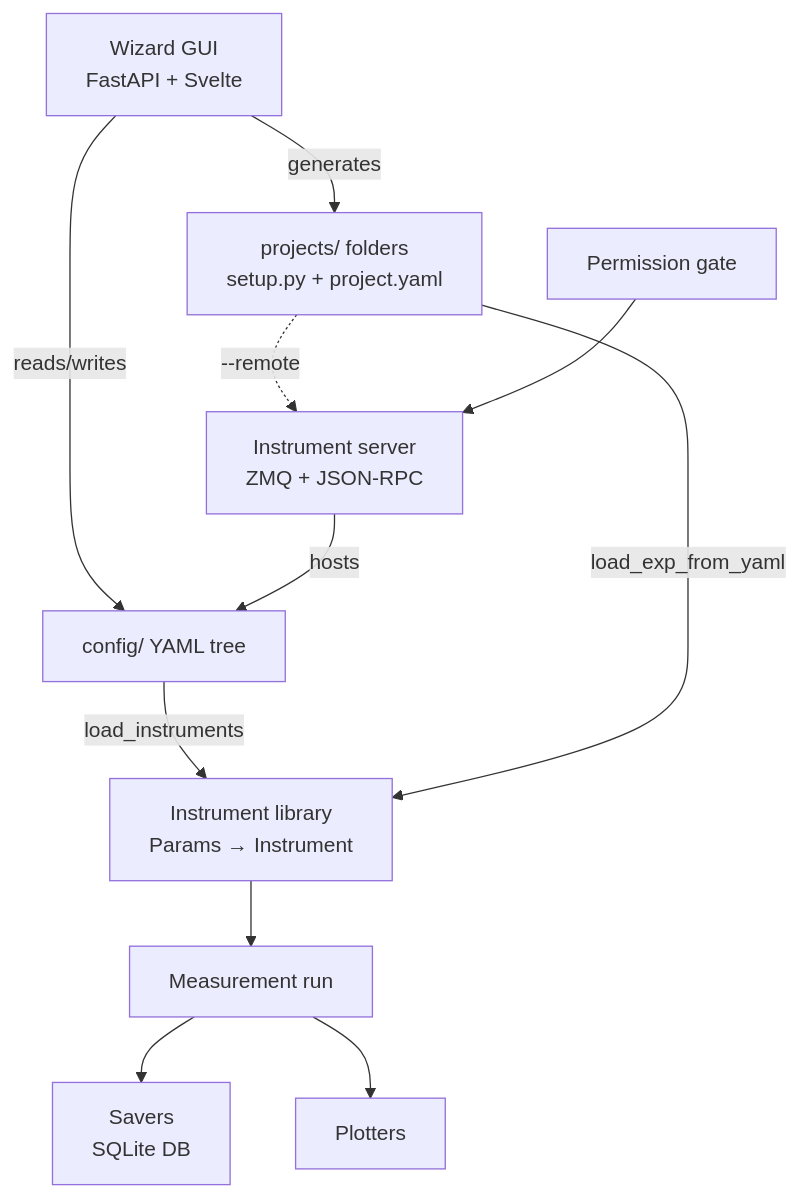
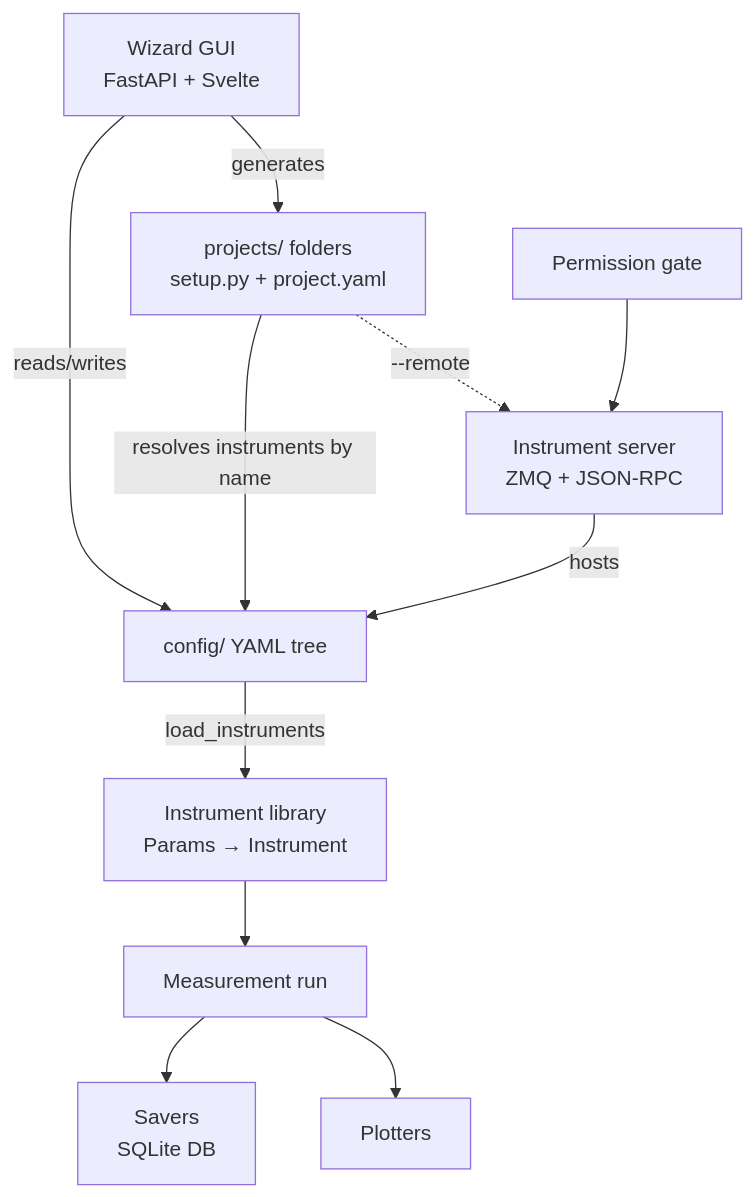
One commit to sansseriff/lab-wizard changed the diagram in docs/index.md. Above: the diagram before and after it, drawn with Mermaid. The commit also changed other lines of this file and 40 other files, not shown here.

````diff
--- a/docs/index.md
+++ b/docs/index.md
@@ -30,13 +31,13 @@
 ```mermaid
 graph TD
     GUI[Wizard GUI<br/>FastAPI + Svelte] -->|reads/writes| CFG[config/ YAML tree]
     GUI -->|generates| PROJ[projects/ folders<br/>setup.py + project.yaml]
     CFG -->|load_instruments| LIB[Instrument library<br/>Params → Instrument]
-    PROJ -->|load_exp_from_yaml| LIB
+    PROJ -->|resolves instruments by name| CFG
     LIB --> MEAS[Measurement run]
     MEAS --> SAV[Savers<br/>SQLite DB]
     MEAS --> PLOT[Plotters]
     SERVER[Instrument server<br/>ZMQ + JSON-RPC] -->|hosts| CFG
     PROJ -.->|--remote| SERVER
     GATE[Permission gate] --> SERVER
 ```
````
